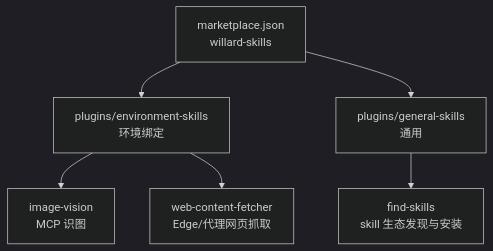
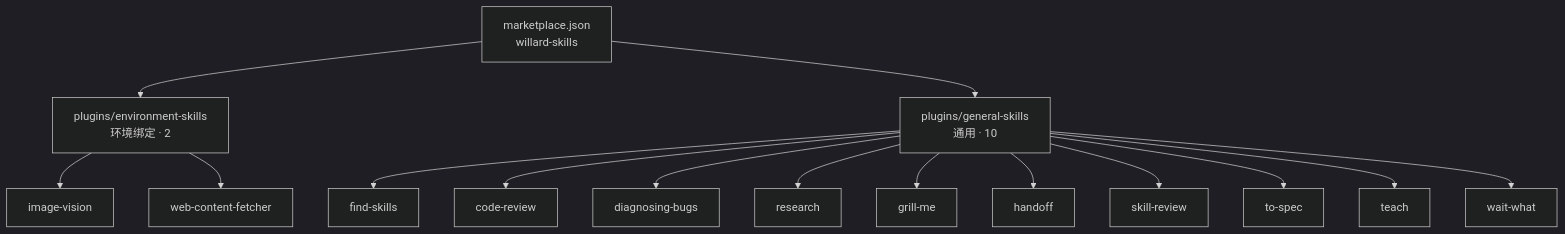
The diagram in README.md (ryanwang2333/willard-skills), drawn with Mermaid (dark theme) before and after one commit. The commit also changed other lines of this file, not shown here.

Commit message:
README 更新: 12 skill 全清单、插件市场分发方案、废弃 junction、维护规范

````diff
--- a/README.md
+++ b/README.md
@@ -22,8 +24,17 @@
 ```mermaid
 graph TD
-    M[marketplace.json<br/>willard-skills] --> E[plugins/environment-skills<br/>环境绑定]
-    M --> G[plugins/general-skills<br/>通用]
-    E --> I[image-vision<br/>MCP 识图]
-    E --> W[web-content-fetcher<br/>Edge/代理网页抓取]
-    G --> F[find-skills<br/>skill 生态发现与安装]
+    M[marketplace.json<br/>willard-skills] --> E[plugins/environment-skills<br/>环境绑定 · 2]
+    M --> G[plugins/general-skills<br/>通用 · 10]
+    E --> E1[image-vision]
+    E --> E2[web-content-fetcher]
+    G --> G1[find-skills]
+    G --> G2[code-review]
+    G --> G3[diagnosing-bugs]
+    G --> G4[research]
+    G --> G5[grill-me]
+    G --> G6[handoff]
+    G --> G7[skill-review]
+    G --> G8[to-spec]
+    G --> G9[teach]
+    G --> G10[wait-what]
 ```
````
